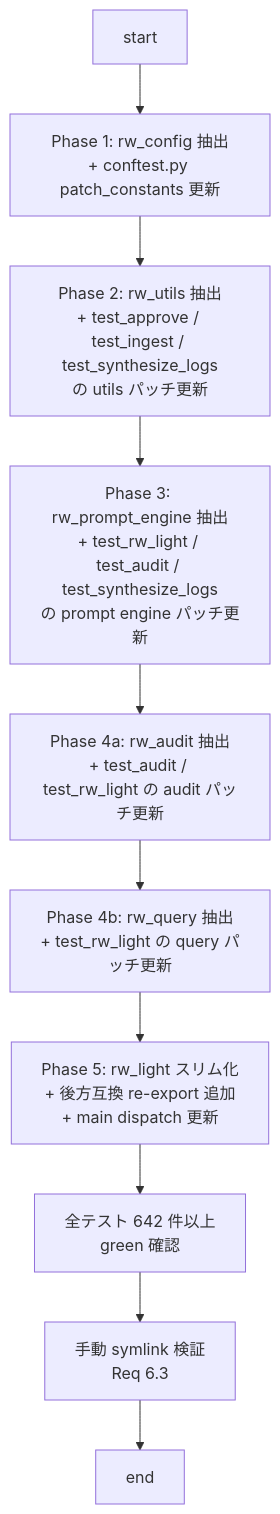
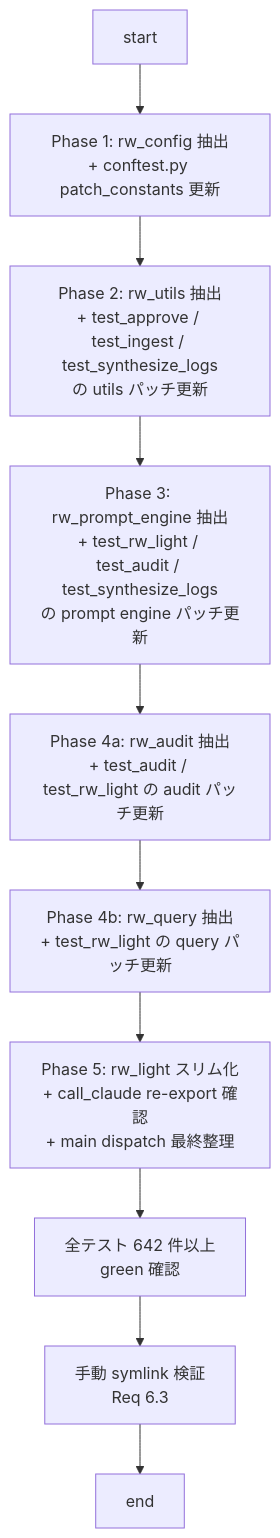
Before and after one commit to kenoogl/Rwiki-dev: the fourth of 4 diagrams in .kiro/specs/module-split/design.md, drawn with Mermaid. The commit also changed other lines of this file and 2 other files, not shown here.

````diff
--- a/.kiro/specs/module-split/design.md
+++ b/.kiro/specs/module-split/design.md
@@ -648,12 +679,12 @@
 ```mermaid
 flowchart TB
     Start[start] --> Phase1[Phase 1: rw_config 抽出<br/>+ conftest.py patch_constants 更新]
     Phase1 --> Phase2[Phase 2: rw_utils 抽出<br/>+ test_approve / test_ingest / test_synthesize_logs<br/>の utils パッチ更新]
     Phase2 --> Phase3[Phase 3: rw_prompt_engine 抽出<br/>+ test_rw_light / test_audit / test_synthesize_logs<br/>の prompt engine パッチ更新]
     Phase3 --> Phase4[Phase 4a: rw_audit 抽出<br/>+ test_audit / test_rw_light の audit パッチ更新]
     Phase4 --> Phase4b[Phase 4b: rw_query 抽出<br/>+ test_rw_light の query パッチ更新]
-    Phase4b --> Phase5[Phase 5: rw_light スリム化<br/>+ 後方互換 re-export 追加<br/>+ main dispatch 更新]
+    Phase4b --> Phase5[Phase 5: rw_light スリム化<br/>+ call_claude re-export 確認<br/>+ main dispatch 最終整理]
     Phase5 --> Validate[全テスト 642 件以上<br/>green 確認]
     Validate --> ManualSmoke[手動 symlink 検証<br/>Req 6.3]
     ManualSmoke --> End[end]
 ```
````
